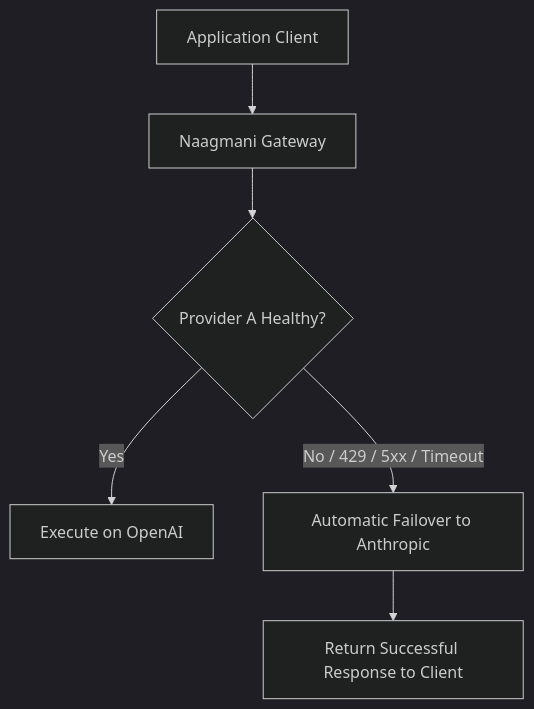
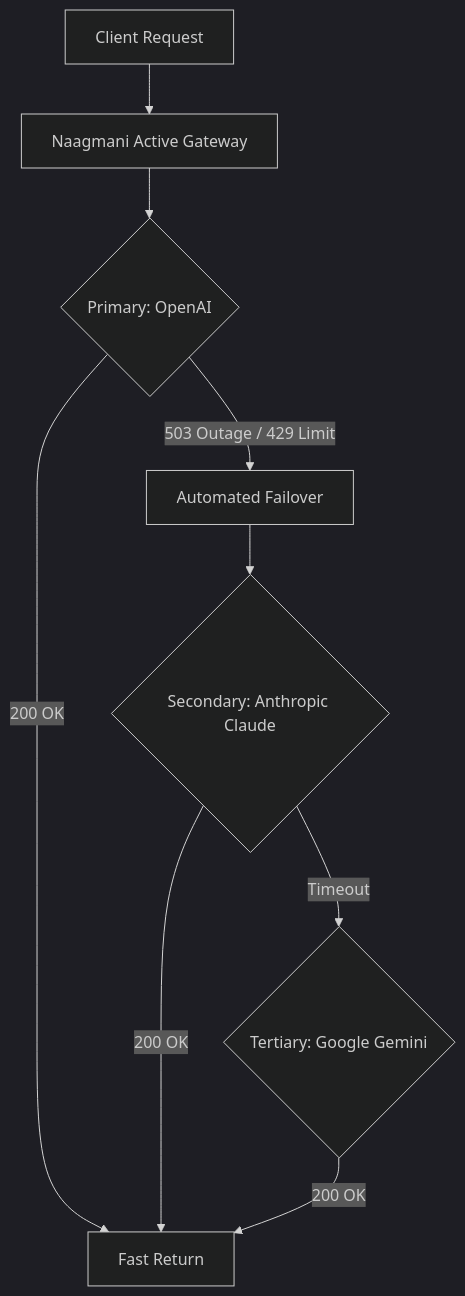
One commit to bhakha-services/naagmani-docs changed the diagram in docs/production/reliability.md. Above: the diagram before and after it, drawn with Mermaid (dark theme). The commit also changed other lines of this file and 105 other files, not shown here.

````diff
--- a/docs/production/reliability.md
+++ b/docs/production/reliability.md
@@ -11,8 +5,11 @@
 ```mermaid
-graph TD
-    Client[Application Client] --> Gateway[Naagmani Gateway]
-    Gateway --> Primary{Provider A Healthy?}
-    Primary -->|Yes| P_A[Execute on OpenAI]
-    Primary -->|No / 429 / 5xx / Timeout| P_B[Automatic Failover to Anthropic]
-    P_B --> Res[Return Successful Response to Client]
+flowchart TD
+    A[Client Request] --> B[Naagmani Active Gateway]
+    B --> C{Primary: OpenAI}
+    C -->|200 OK| D[Fast Return]
+    C -->|503 Outage / 429 Limit| E[Automated Failover]
+    E --> F{Secondary: Anthropic Claude}
+    F -->|200 OK| D
+    F -->|Timeout| G{Tertiary: Google Gemini}
+    G -->|200 OK| D
 ```
````
